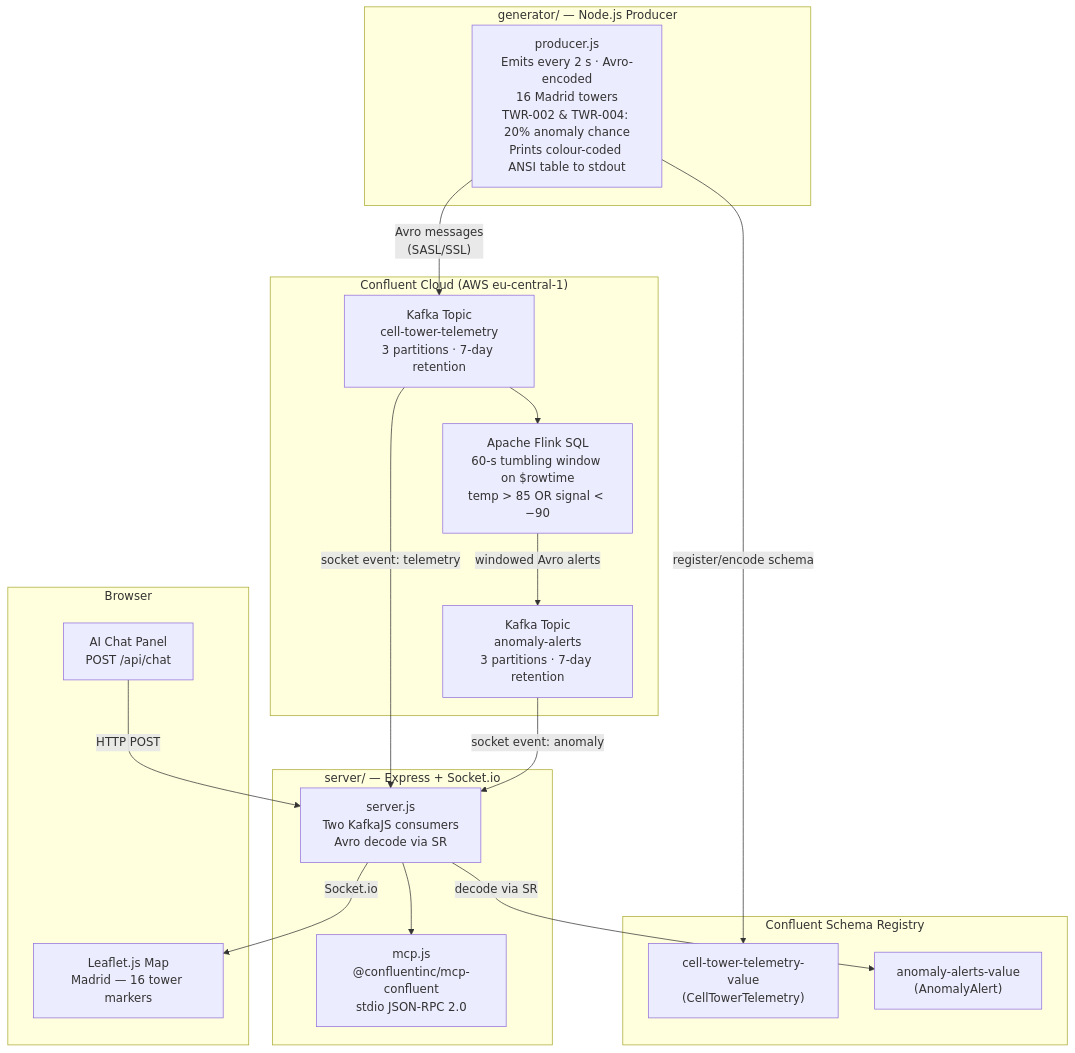
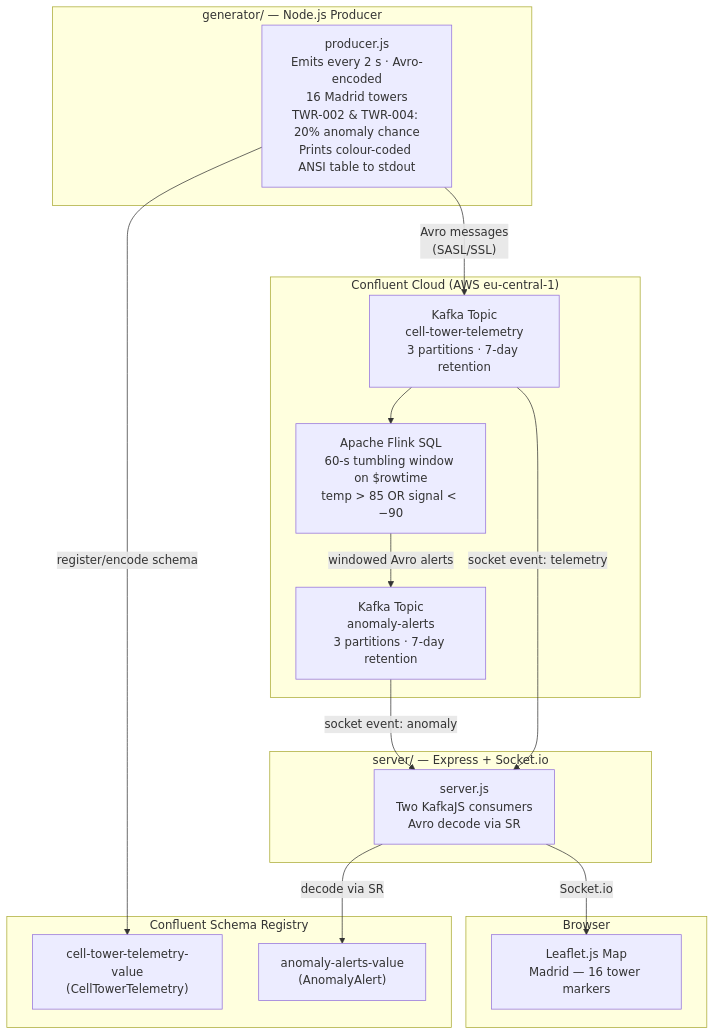
The diagram in README.md (george-cassar/confluent-realtime-5g-telco), drawn with Mermaid before and after one commit. The commit also changed other lines of this file, not shown here.

````diff
--- a/README.md
+++ b/README.md
@@ -180,38 +172,34 @@
 ```mermaid
 flowchart TD
     subgraph Generator ["generator/ — Node.js Producer"]
         G["producer.js\nEmits every 2 s · Avro-encoded\n16 Madrid towers\nTWR-002 & TWR-004: 20% anomaly chance\nPrints colour-coded ANSI table to stdout"]
     end
 
     subgraph SR ["Confluent Schema Registry"]
         S1["cell-tower-telemetry-value\n(CellTowerTelemetry)"]
         S2["anomaly-alerts-value\n(AnomalyAlert)"]
     end
 
     subgraph Confluent ["Confluent Cloud (AWS eu-central-1)"]
         T1["Kafka Topic\ncell-tower-telemetry\n3 partitions · 7-day retention"]
         F["Apache Flink SQL\n60-s tumbling window on $rowtime\ntemp > 85 OR signal < −90"]
         T2["Kafka Topic\nanomaly-alerts\n3 partitions · 7-day retention"]
     end
 
     subgraph Server ["server/ — Express + Socket.io"]
         SV["server.js\nTwo KafkaJS consumers\nAvro decode via SR"]
-        MCP["mcp.js\n@confluentinc/mcp-confluent\nstdio JSON-RPC 2.0"]
     end
 
     subgraph Browser ["Browser"]
         MAP["Leaflet.js Map\nMadrid — 16 tower markers"]
-        CHAT["AI Chat Panel\nPOST /api/chat"]
     end
 
     G -- "register/encode schema" --> S1
     G -- "Avro messages\n(SASL/SSL)" --> T1
     T1 --> F
     F -- "windowed Avro alerts" --> T2
     T1 -- "socket event: telemetry" --> SV
     T2 -- "socket event: anomaly" --> SV
     SV -- "decode via SR" --> S2
     SV -- "Socket.io" --> MAP
-    CHAT -- "HTTP POST" --> SV
-    SV --> MCP
 ```
````
